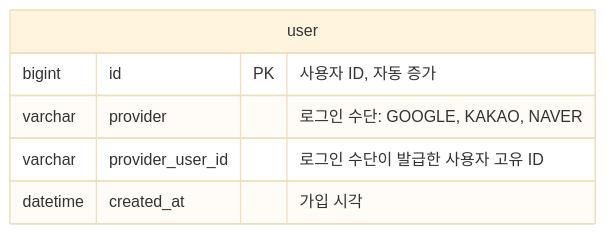
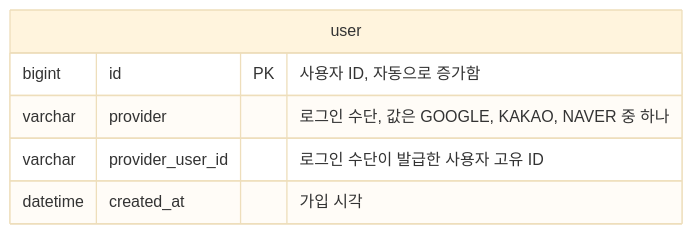
One commit to f-lab-edu/jipsee changed the second of 8 diagrams in docs/erd.md. Above: the diagram before and after it, drawn with Mermaid (base theme). The commit also changed other lines of this file and 5 other files, not shown here.

````diff
--- a/docs/erd.md
+++ b/docs/erd.md
@@ -38,9 +41,9 @@
 ```mermaid
 erDiagram
     user {
-        bigint id PK "사용자 ID, 자동 증가"
-        varchar provider "로그인 수단: GOOGLE, KAKAO, NAVER"
+        bigint id PK "사용자 ID, 자동으로 증가함"
+        varchar provider "로그인 수단, 값은 GOOGLE, KAKAO, NAVER 중 하나"
         varchar provider_user_id "로그인 수단이 발급한 사용자 고유 ID"
         datetime created_at "가입 시각"
     }
 ```
````
